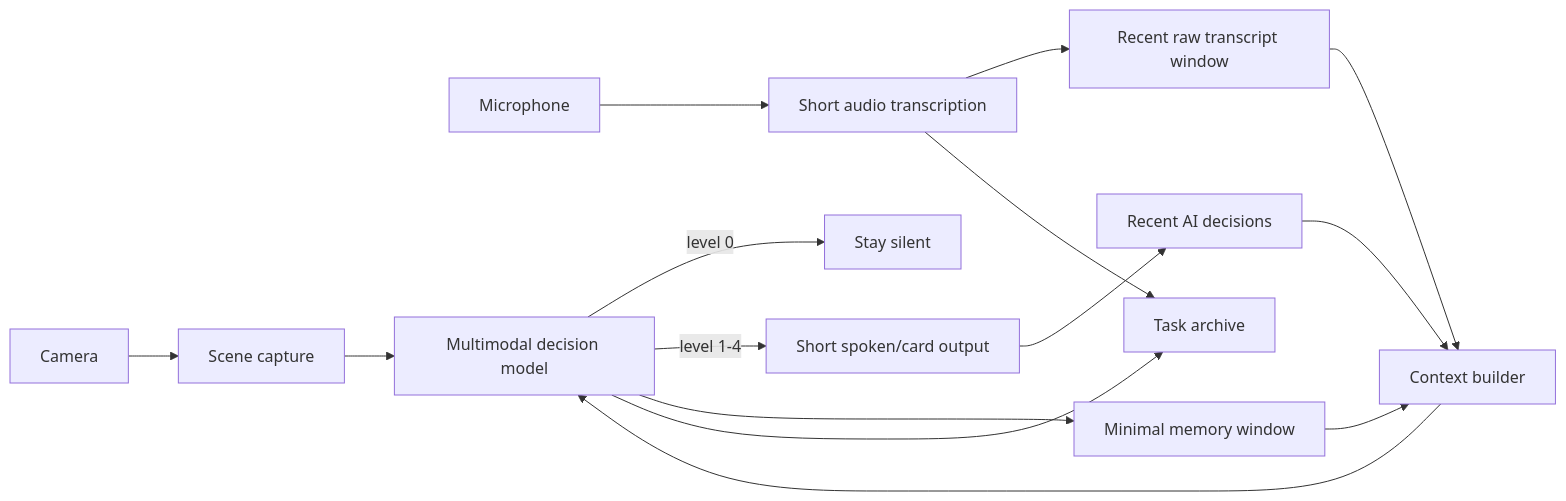
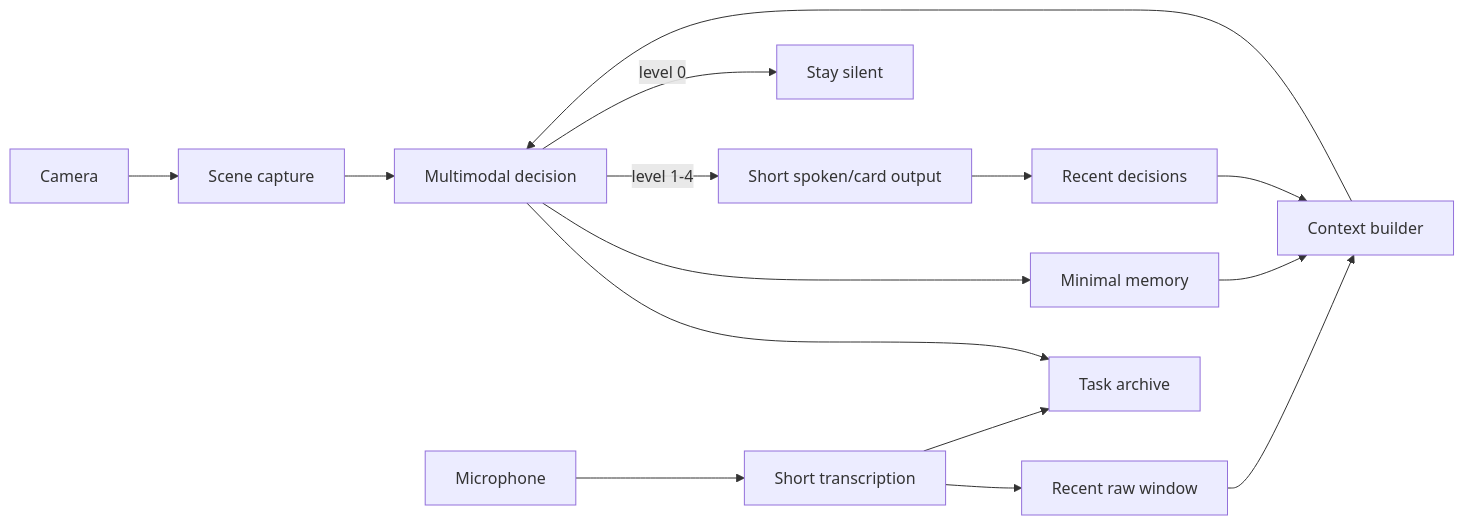
The diagram in README.md (AlexFengVT/sensory-firewall), drawn with Mermaid before and after one commit. The commit also changed other lines of this file and 5 other files, not shown here.

````diff
--- a/README.md
+++ b/README.md
@@ -25,17 +25,17 @@
 ```mermaid
 flowchart LR
     CAM[Camera] --> CAP[Scene capture]
-    MIC[Microphone] --> ASR[Short audio transcription]
-    ASR --> RAW[Recent raw transcript window]
-    MEM[Minimal memory window] --> CTX[Context builder]
-    RAW --> CTX
-    DEC[Recent AI decisions] --> CTX
-    CAP --> JUDGE[Multimodal decision model]
+    MIC[Microphone] --> ASR[Short transcription]
+    ASR --> RAW[Recent raw window]
+    RAW --> CTX[Context builder]
+    MEM[Minimal memory] --> CTX
+    DEC[Recent decisions] --> CTX
+    CAP --> JUDGE[Multimodal decision]
     CTX --> JUDGE
     JUDGE -->|level 0| SILENT[Stay silent]
     JUDGE -->|level 1-4| OUT[Short spoken/card output]
     OUT --> DEC
     JUDGE --> MEM
     ASR --> ARCH[Task archive]
     JUDGE --> ARCH
 ```
````
